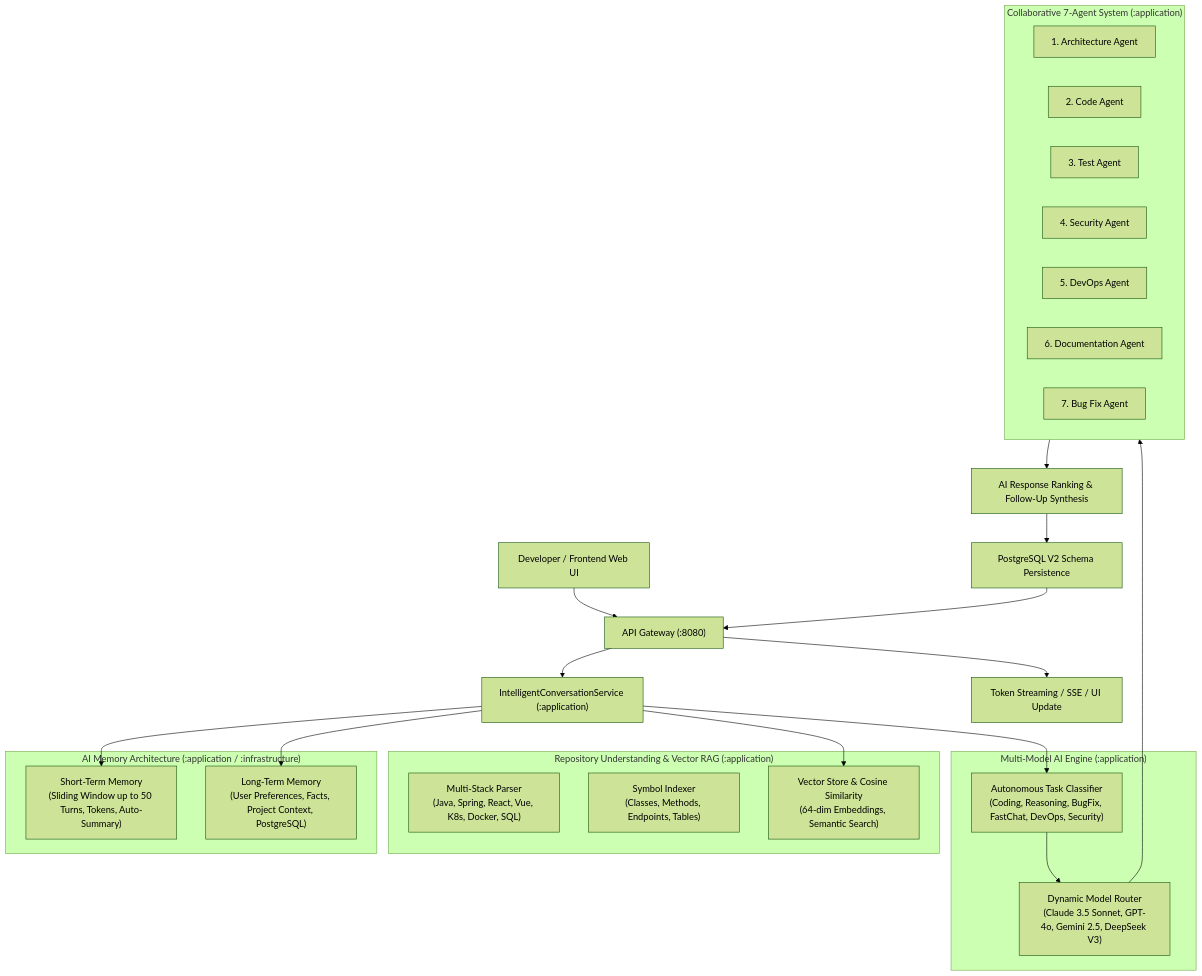
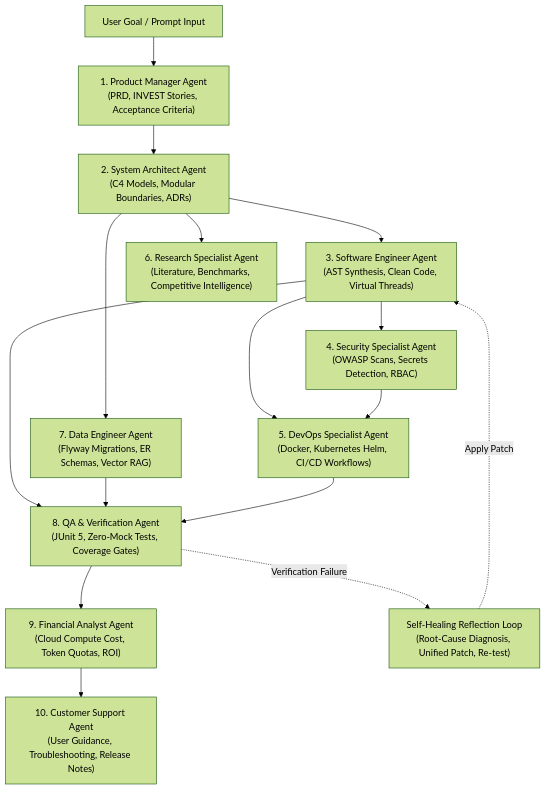
The fourth of 5 diagrams in ARCHITECTURE.md (oenexa/oenexa-ai-core), drawn with Mermaid (forest theme) before and after one commit. The commit also changed other lines of this file and 5 other files, not shown here.

Commit message:
docs: upgrade all note files to OENEXA AI V4 Operating System model

````diff
--- a/ARCHITECTURE.md
+++ b/ARCHITECTURE.md
@@ -411,43 +183,20 @@
 ```mermaid
 graph TD
-    User["Developer / Frontend Web UI"] --> Gateway["API Gateway (:8080)"]
-    Gateway --> Orchestrator["IntelligentConversationService (:application)"]
-    
-    subgraph MemoryLayer ["AI Memory Architecture (:application / :infrastructure)"]
-        ShortTerm["Short-Term Memory<br/>(Sliding Window up to 50 Turns, Tokens, Auto-Summary)"]
-        LongTerm["Long-Term Memory<br/>(User Preferences, Facts, Project Context, PostgreSQL)"]
-    end
-    
-    subgraph RepoLayer ["Repository Understanding & Vector RAG (:application)"]
-        Parser["Multi-Stack Parser<br/>(Java, Spring, React, Vue, K8s, Docker, SQL)"]
-        Symbols["Symbol Indexer<br/>(Classes, Methods, Endpoints, Tables)"]
-        VectorDB["Vector Store & Cosine Similarity<br/>(64-dim Embeddings, Semantic Search)"]
-    end
-    
-    subgraph RouterLayer ["Multi-Model AI Engine (:application)"]
-        TaskClassifier["Autonomous Task Classifier<br/>(Coding, Reasoning, BugFix, FastChat, DevOps, Security)"]
-        ModelRouter["Dynamic Model Router<br/>(Claude 3.5 Sonnet, GPT-4o, Gemini 2.5, DeepSeek V3)"]
-    end
-    
-    subgraph AgentLayer ["Collaborative 7-Agent System (:application)"]
-        ArchAg["1. Architecture Agent"]
-        CodeAg["2. Code Agent"]
-        TestAg["3. Test Agent"]
-        SecAg["4. Security Agent"]
-        DevOpsAg["5. DevOps Agent"]
-        DocAg["6. Documentation Agent"]
-        BugAg["7. Bug Fix Agent"]
-    end
-    
-    Orchestrator --> ShortTerm
-    Orchestrator --> LongTerm
-    Orchestrator --> VectorDB
-    Orchestrator --> TaskClassifier
-    TaskClassifier --> ModelRouter
-    ModelRouter --> AgentLayer
-    
-    AgentLayer --> Ranker["AI Response Ranking & Follow-Up Synthesis"]
-    Ranker --> Persistence["PostgreSQL V2 Schema Persistence"]
-    Persistence --> Gateway
-    Gateway --> Stream["Token Streaming / SSE / UI Update"]
+    UserGoal["User Goal / Prompt Input"] --> PM["1. Product Manager Agent<br/>(PRD, INVEST Stories, Acceptance Criteria)"]
+    PM --> Arch["2. System Architect Agent<br/>(C4 Models, Modular Boundaries, ADRs)"]
+    Arch --> Eng["3. Software Engineer Agent<br/>(AST Synthesis, Clean Code, Virtual Threads)"]
+    Arch --> Data["7. Data Engineer Agent<br/>(Flyway Migrations, ER Schemas, Vector RAG)"]
+    Eng --> QA["8. QA & Verification Agent<br/>(JUnit 5, Zero-Mock Tests, Coverage Gates)"]
+    Data --> QA
+    Eng --> Sec["4. Security Specialist Agent<br/>(OWASP Scans, Secrets Detection, RBAC)"]
+    Eng --> DevOps["5. DevOps Specialist Agent<br/>(Docker, Kubernetes Helm, CI/CD Workflows)"]
+    Sec --> DevOps
+    DevOps --> QA
+    QA --> Fin["9. Financial Analyst Agent<br/>(Cloud Compute Cost, Token Quotas, ROI)"]
+    Fin --> CS["10. Customer Support Agent<br/>(User Guidance, Troubleshooting, Release Notes)"]
+    Arch --> Res["6. Research Specialist Agent<br/>(Literature, Benchmarks, Competitive Intelligence)"]
+
+    %% Self-Healing Reflection Loop
+    QA -.->|Verification Failure| SelfHealing["Self-Healing Reflection Loop<br/>(Root-Cause Diagnosis, Unified Patch, Re-test)"]
+    SelfHealing -.->|Apply Patch| Eng
 ```
````
